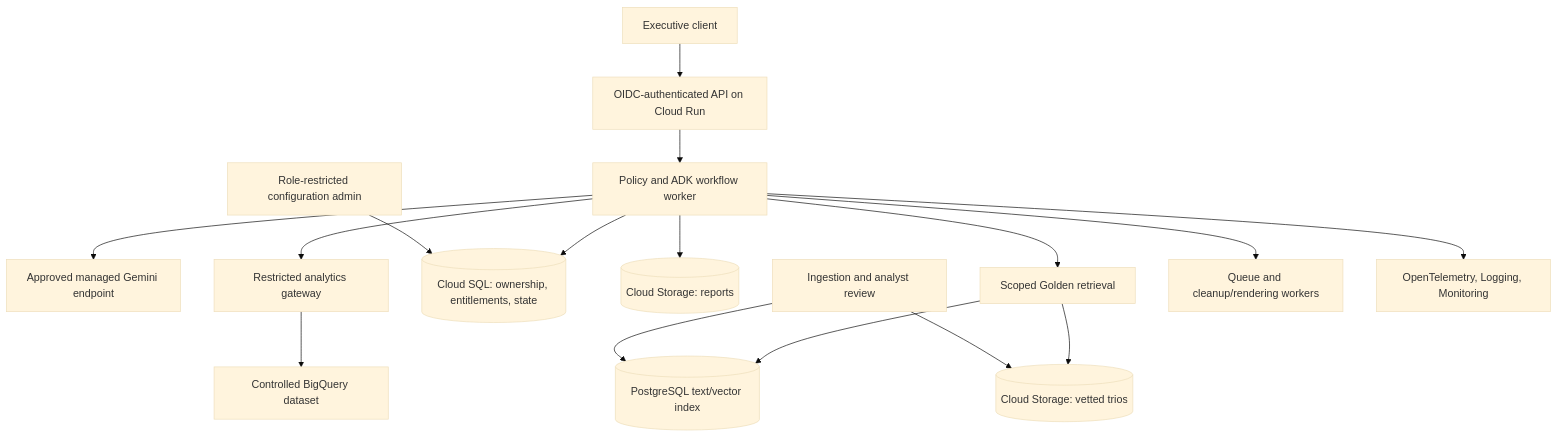
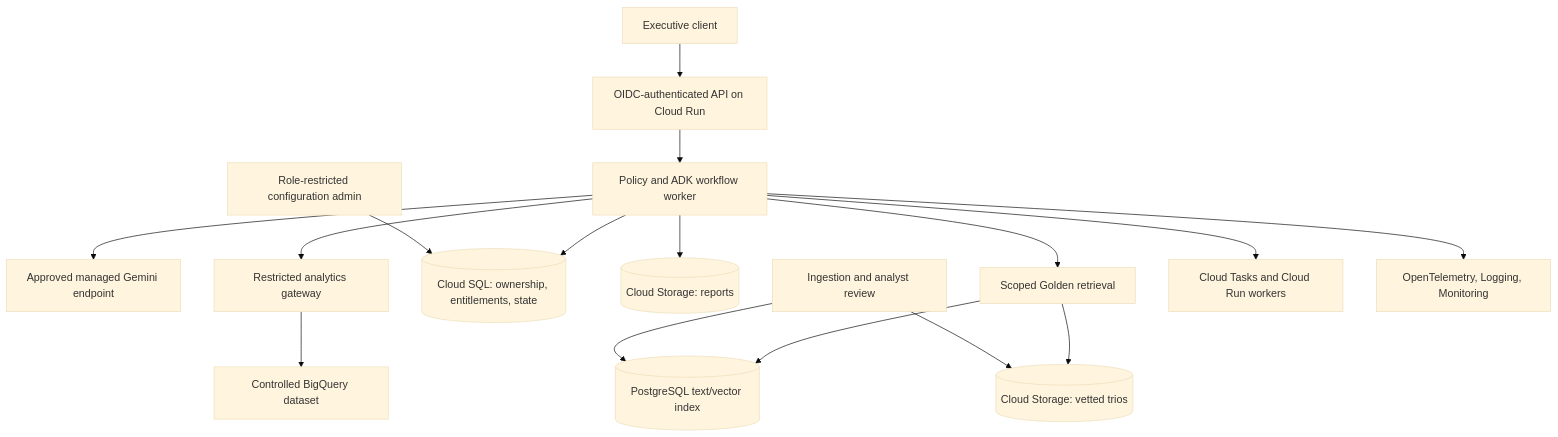
The second of 2 diagrams in docs/architecture.md (Wyjakx/retail-analytics-agent), drawn with Mermaid (base theme) before and after one commit. The commit also changed other lines of this file and 26 other files, not shown here.

````diff
--- a/docs/architecture.md
+++ b/docs/architecture.md
@@ -67,18 +69,18 @@
 ```mermaid
 flowchart TB
     U["Executive client"] --> API["OIDC-authenticated API on Cloud Run"]
     API --> APP["Policy and ADK workflow worker"]
     APP --> M["Approved managed Gemini endpoint"]
     APP --> Q["Restricted analytics gateway"]
     Q --> BQ["Controlled BigQuery dataset"]
     APP --> DB[("Cloud SQL: ownership, entitlements, state")]
     APP --> OBJ[("Cloud Storage: reports")]
     APP --> RET["Scoped Golden retrieval"]
     RET --> IDX[("PostgreSQL text/vector index")]
     RET --> GOLD[("Cloud Storage: vetted trios")]
     ING["Ingestion and analyst review"] --> GOLD
     ING --> IDX
     ADMIN["Role-restricted configuration admin"] --> DB
-    APP --> JOB["Queue and cleanup/rendering workers"]
+    APP --> JOB["Cloud Tasks and Cloud Run workers"]
     APP --> OBS["OpenTelemetry, Logging, Monitoring"]
 ```
````
